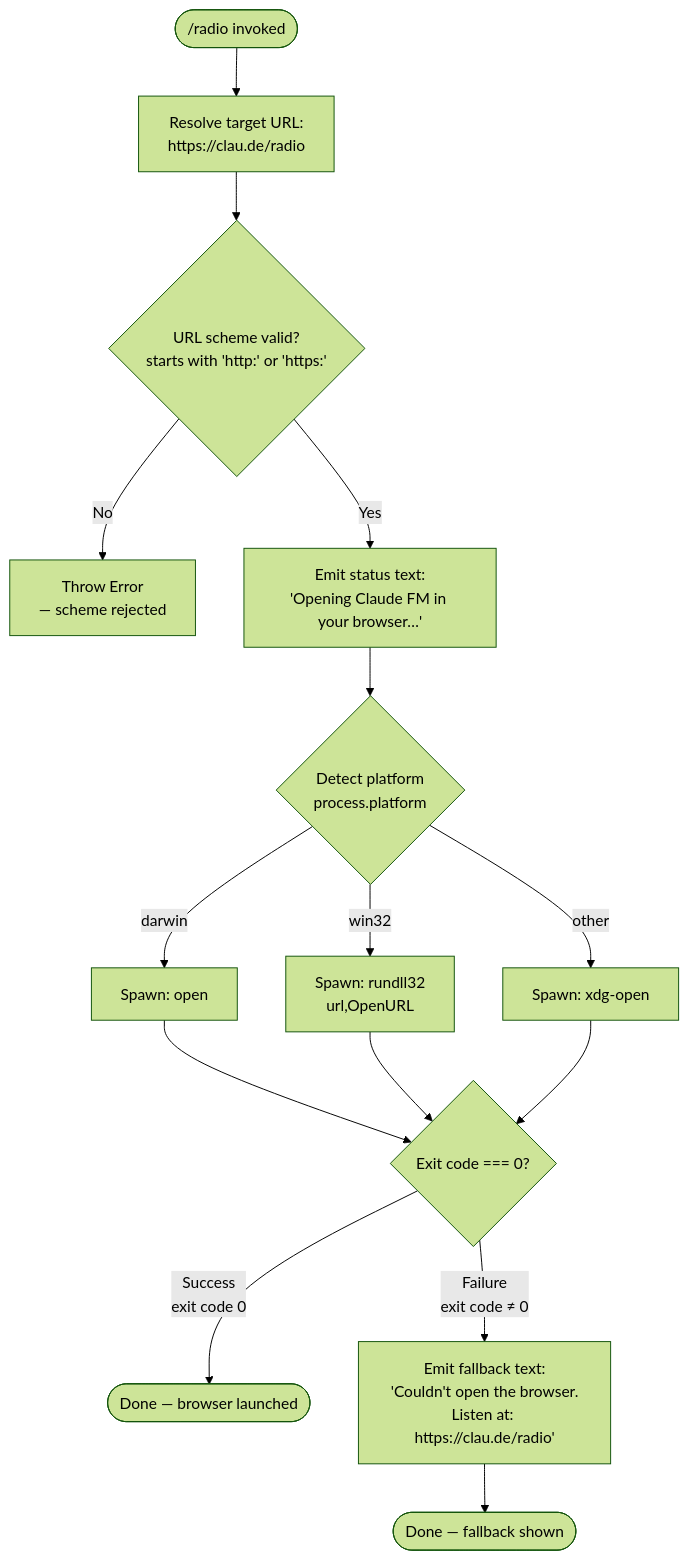
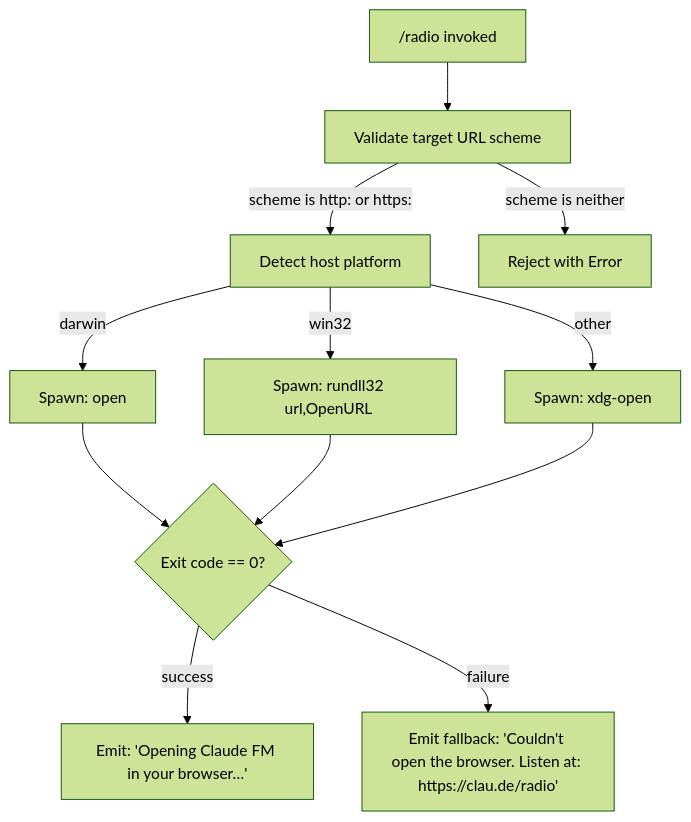
The diagram in versions/v2.1.143/radio.md (MyLittleLuckyDog/cc-gnothi), drawn with Mermaid (forest theme) before and after one commit. The commit also changed other lines of this file and 87 other files, not shown here.

````diff
--- a/versions/v2.1.143/radio.md
+++ b/versions/v2.1.143/radio.md
@@ -46,17 +46,14 @@
 ```mermaid
 flowchart TD
-    A(["/radio invoked"]) --> B[Resolve target URL:\nhttps://clau.de/radio]
-    B --> C{URL scheme valid?\nstarts with 'http:' or 'https:'}
-    C -- No --> D[Throw Error\n— scheme rejected]
-    C -- Yes --> E[Emit status text:\n'Opening Claude FM in your browser…']
-    E --> F{Detect platform\nprocess.platform}
-    F -- darwin --> G["Spawn: open <url>"]
-    F -- win32 --> H["Spawn: rundll32\nurl,OpenURL <url>"]
-    F -- other --> I["Spawn: xdg-open <url>"]
-    G --> J{Exit code === 0?}
-    H --> J
-    I --> J
-    J -- Success\nexit code 0 --> K([Done — browser launched])
-    J -- Failure\nexit code ≠ 0 --> L["Emit fallback text:\n'Couldn't open the browser.\nListen at: https://clau.de/radio'"]
-    L --> M([Done — fallback shown])
+    A["/radio invoked"] --> B[Validate target URL scheme]
+    B -->|scheme is http: or https:| C[Detect host platform]
+    B -->|scheme is neither| E[Reject with Error]
+    C -->|darwin| D1["Spawn: open <url>"]
+    C -->|win32| D2["Spawn: rundll32 url,OpenURL <url>"]
+    C -->|other| D3["Spawn: xdg-open <url>"]
+    D1 --> F{Exit code == 0?}
+    D2 --> F
+    D3 --> F
+    F -->|success| G["Emit: 'Opening Claude FM in your browser…'"]
+    F -->|failure| H["Emit fallback: 'Couldn't open the browser. Listen at: https://clau.de/radio'"]
 ```
````
